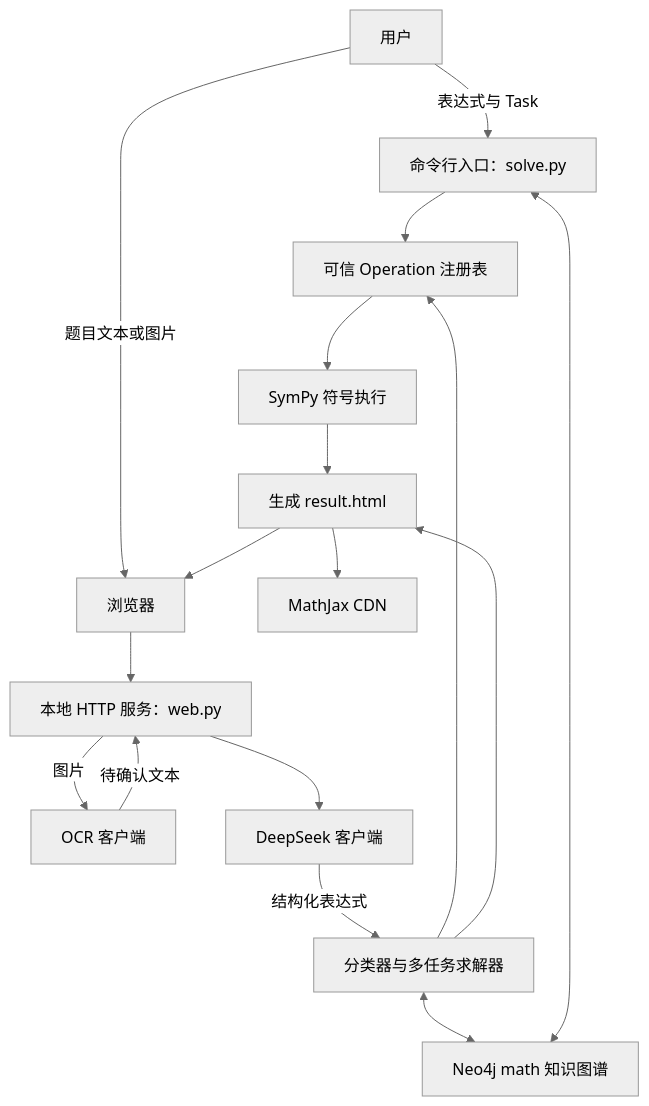
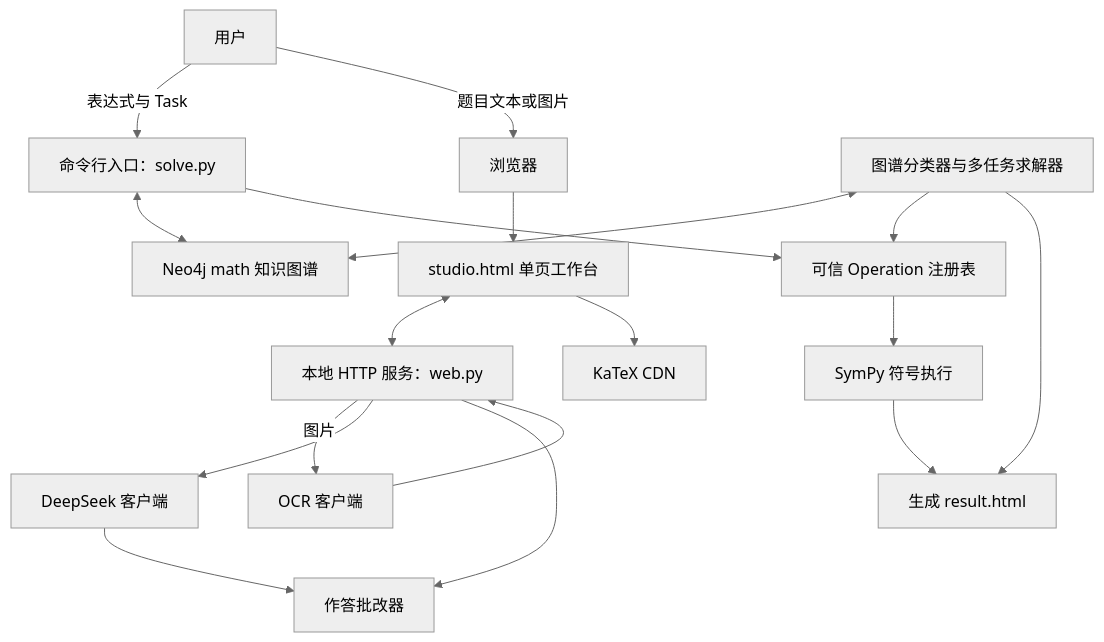
One commit to stars-wei/k12-math changed the diagram in docs/ARCHITECTURE.md. Above: the diagram before and after it, drawn with Mermaid (neutral theme). The commit also changed other lines of this file and 9 other files, not shown here.

````diff
--- a/docs/ARCHITECTURE.md
+++ b/docs/ARCHITECTURE.md
@@ -52,32 +51,35 @@
 ```mermaid
 flowchart TD
     User["用户"]
     CLI["命令行入口：solve.py"]
     Browser["浏览器"]
     Web["本地 HTTP 服务：web.py"]
     OCR["OCR 客户端"]
-    Extract["DeepSeek 客户端"]
-    Router["分类器与多任务求解器"]
+    DeepSeek["DeepSeek 客户端"]
+    Grader["作答批改器"]
+    Router["图谱分类器与多任务求解器"]
     Graph["Neo4j math 知识图谱"]
     Registry["可信 Operation 注册表"]
     SymPy["SymPy 符号执行"]
-    HTML["生成 result.html"]
-    MathJax["MathJax CDN"]
+    Report["生成 result.html"]
+    Studio["studio.html 单页工作台"]
+    KaTeX["KaTeX CDN"]
 
     User -->|表达式与 Task| CLI
     User -->|题目文本或图片| Browser
-    Browser --> Web
+    Browser --> Studio
+    Studio <--> Web
     Web -->|图片| OCR
-    OCR -->|待确认文本| Web
-    Web --> Extract
-    Extract -->|结构化表达式| Router
+    OCR --> Web
+    Web --> DeepSeek
+    Web --> Grader
+    DeepSeek --> Grader
     Router <--> Graph
     Router --> Registry
     CLI <--> Graph
     CLI --> Registry
     Registry --> SymPy
-    SymPy --> HTML
-    Router --> HTML
-    HTML --> MathJax
-    HTML --> Browser
+    SymPy --> Report
+    Router --> Report
+    Studio --> KaTeX
 ```
````
